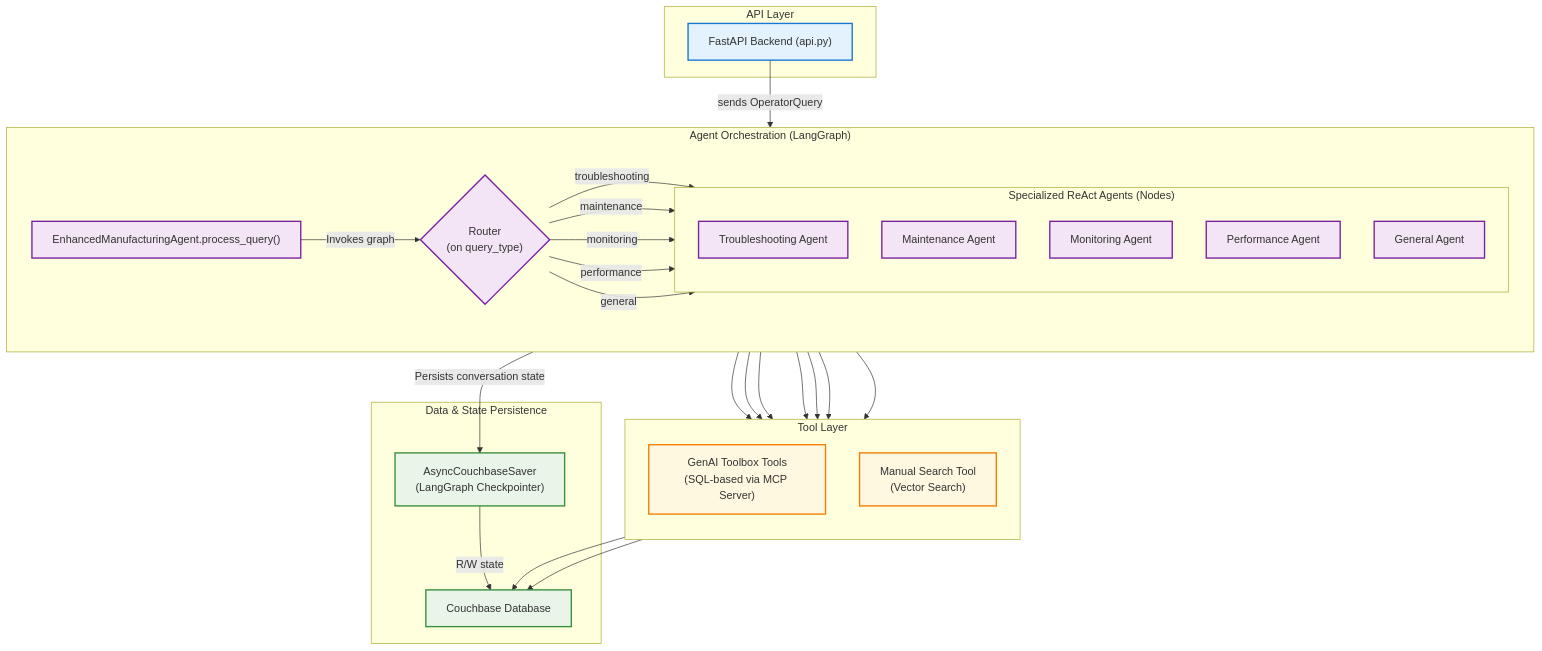
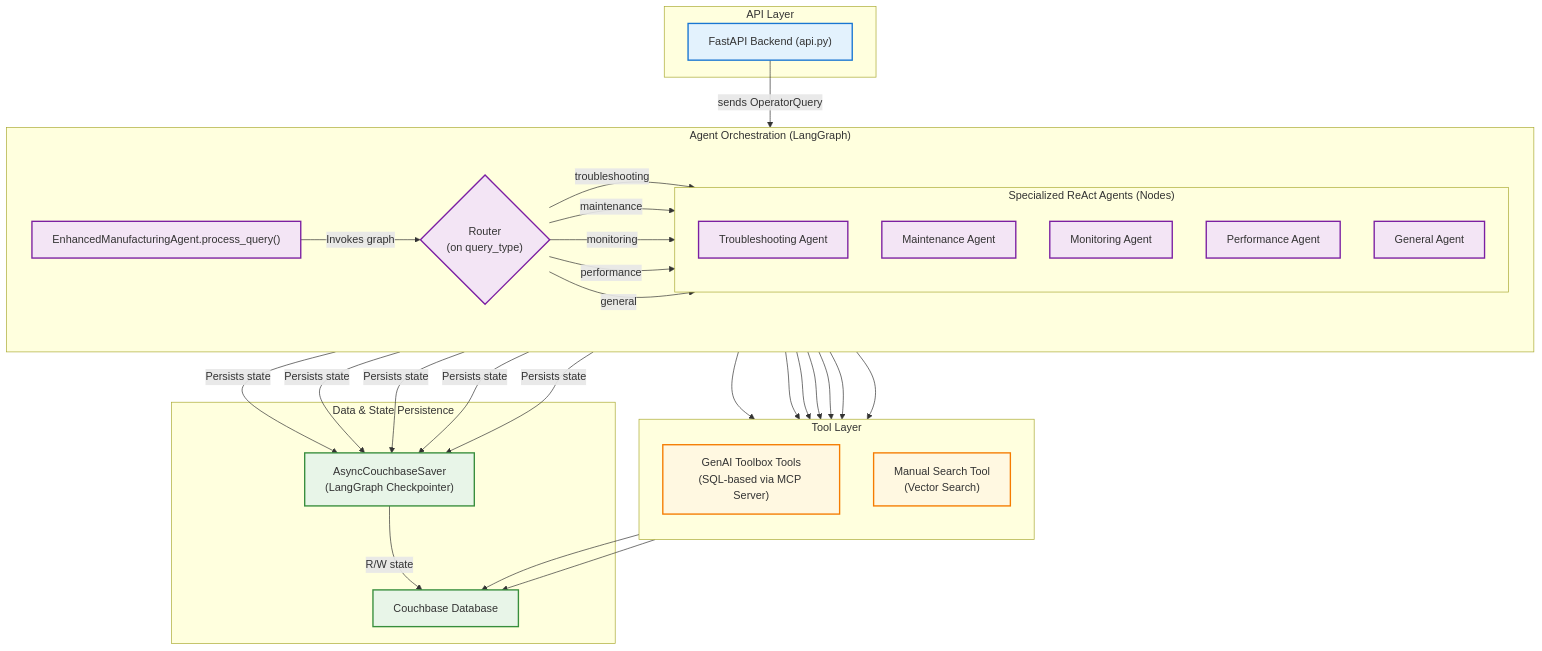
The first of 2 diagrams in README.md (couchbase-examples/couchbase-google-mcp-toolbox-demo), drawn with Mermaid before and after one commit.

````diff
--- a/README.md
+++ b/README.md
@@ -19,68 +19,72 @@
 ```mermaid
 graph TD
     subgraph "API Layer"
         API["FastAPI Backend (api.py)"]
     end
 
     subgraph "Agent Orchestration (LangGraph)"
         direction LR
         EnhancedAgent["EnhancedManufacturingAgent.process_query()"] -- "Invokes graph" --> Router{"Router<br/>(on query_type)"}
         
         subgraph "Specialized ReAct Agents (Nodes)"
             direction TB
             TroubleshootAgent["Troubleshooting Agent"]
             MaintenanceAgent["Maintenance Agent"]
             MonitorAgent["Monitoring Agent"]
             PerformanceAgent["Performance Agent"]
             GeneralAgent["General Agent"]
         end
 
         Router -- "troubleshooting" --> TroubleshootAgent
         Router -- "maintenance" --> MaintenanceAgent
         Router -- "monitoring" --> MonitorAgent
         Router -- "performance" --> PerformanceAgent
         Router -- "general" --> GeneralAgent
     end
 
     subgraph "Tool Layer"
         direction TB
         Toolbox["GenAI Toolbox Tools<br/>(SQL-based via MCP Server)"]
         ManualSearch["Manual Search Tool<br/>(Vector Search)"]
     end
     
     subgraph "Data & State Persistence"
         CouchbaseDB["Couchbase Database"]
         Checkpointer["AsyncCouchbaseSaver<br/>(LangGraph Checkpointer)"]
     end
 
     %% Connections from Agents to Tools
     TroubleshootAgent --> Toolbox
     TroubleshootAgent --> ManualSearch
     MaintenanceAgent --> Toolbox
     MonitorAgent --> Toolbox
     PerformanceAgent --> Toolbox
     GeneralAgent --> Toolbox
     GeneralAgent --> ManualSearch
 
     %% Connections from Tools to Data
     Toolbox --> CouchbaseDB
     ManualSearch --> CouchbaseDB
 
     %% Connection from API to Agent
     API -- "sends OperatorQuery" --> EnhancedAgent
     
     %% State Persistence
-    EnhancedAgent -- "Persists conversation state" --> Checkpointer
+    TroubleshootAgent -- "Persists state" --> Checkpointer
+    MaintenanceAgent -- "Persists state" --> Checkpointer
+    MonitorAgent -- "Persists state" --> Checkpointer
+    PerformanceAgent -- "Persists state" --> Checkpointer
+    GeneralAgent -- "Persists state" --> Checkpointer
     Checkpointer -- "R/W state" --> CouchbaseDB
 
     %% Styling
     classDef api fill:#e3f2fd,stroke:#1976d2,stroke-width:2px
     classDef agent fill:#f3e5f5,stroke:#7b1fa2,stroke-width:2px
     classDef tools fill:#fff8e1,stroke:#f57c00,stroke-width:2px
     classDef data fill:#e8f5e8,stroke:#388e3c,stroke-width:2px
     
     class API,EnhancedAgent,Router,TroubleshootAgent,MaintenanceAgent,MonitorAgent,PerformanceAgent,GeneralAgent agent
     class Toolbox,ManualSearch tools
     class CouchbaseDB,Checkpointer data
     class API api
 ```
````
